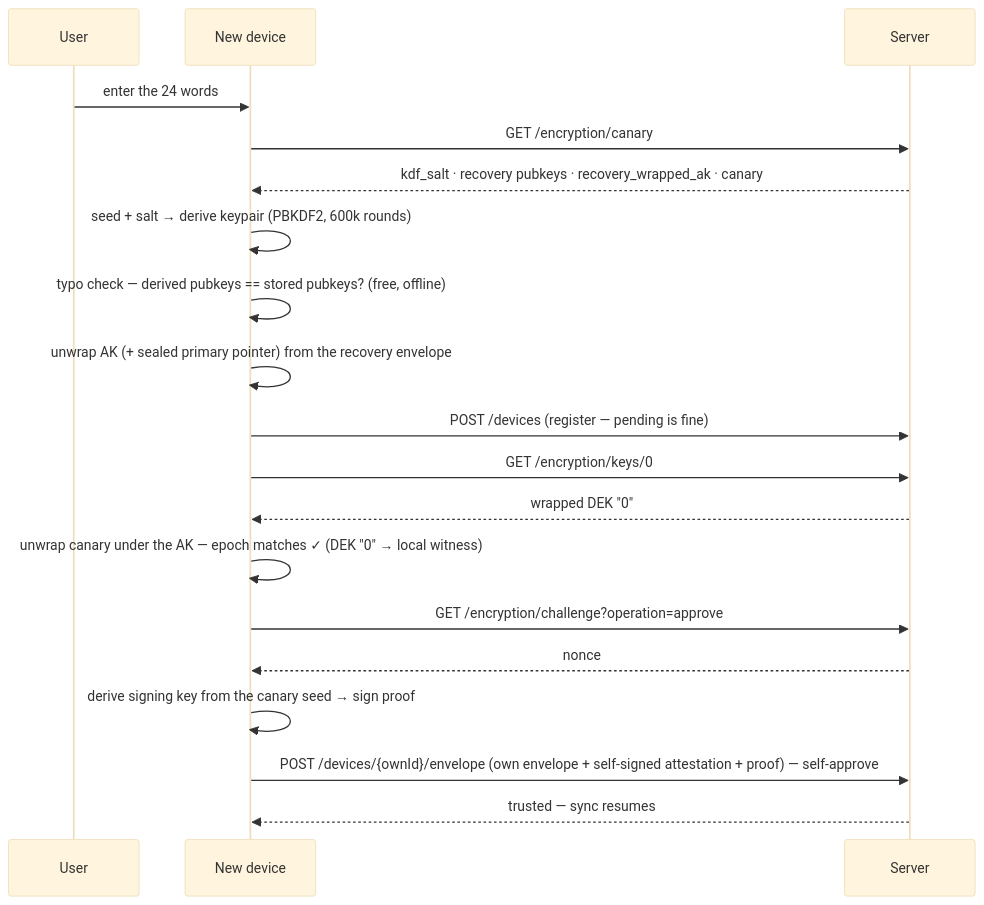
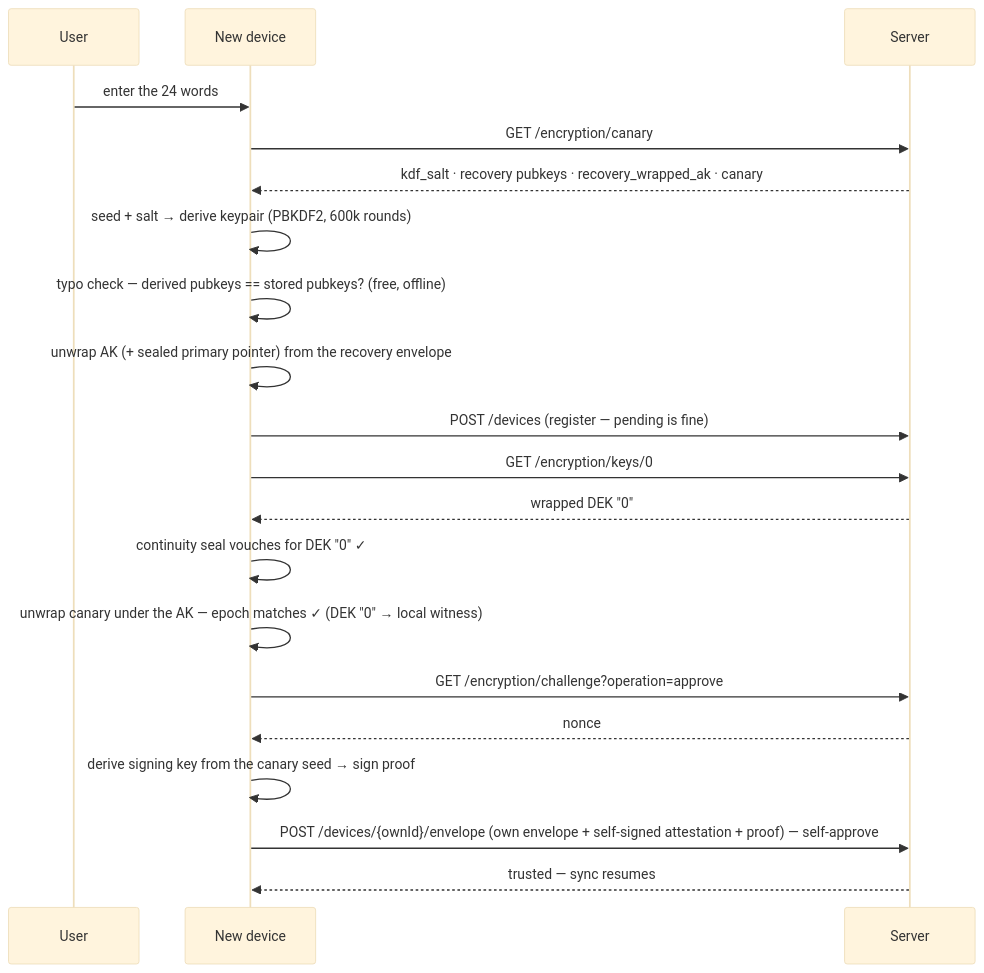
The sixth of 9 diagrams in docs/internals/architecture/e2e-encryption.md (thunderbird/thunderbolt), drawn with Mermaid (base theme) before and after one commit. The commit also changed other lines of this file and 84 other files, not shown here.

````diff
--- a/docs/internals/architecture/e2e-encryption.md
+++ b/docs/internals/architecture/e2e-encryption.md
@@ -488,21 +488,22 @@
 ```mermaid
 sequenceDiagram
     participant U as User
     participant N as New device
     participant S as Server
     U->>N: enter the 24 words
     N->>S: GET /encryption/canary
     S-->>N: kdf_salt · recovery pubkeys · recovery_wrapped_ak · canary
     N->>N: seed + salt → derive keypair (PBKDF2, 600k rounds)
     N->>N: typo check — derived pubkeys == stored pubkeys? (free, offline)
     N->>N: unwrap AK (+ sealed primary pointer) from the recovery envelope
     N->>S: POST /devices (register — pending is fine)
     N->>S: GET /encryption/keys/0
     S-->>N: wrapped DEK "0"
+    N->>N: continuity seal vouches for DEK "0" ✓
     N->>N: unwrap canary under the AK — epoch matches ✓ (DEK "0" → local witness)
     N->>S: GET /encryption/challenge?operation=approve
     S-->>N: nonce
     N->>N: derive signing key from the canary seed → sign proof
     N->>S: POST /devices/{ownId}/envelope (own envelope + self-signed attestation + proof) — self-approve
     S-->>N: trusted — sync resumes
 ```
````
